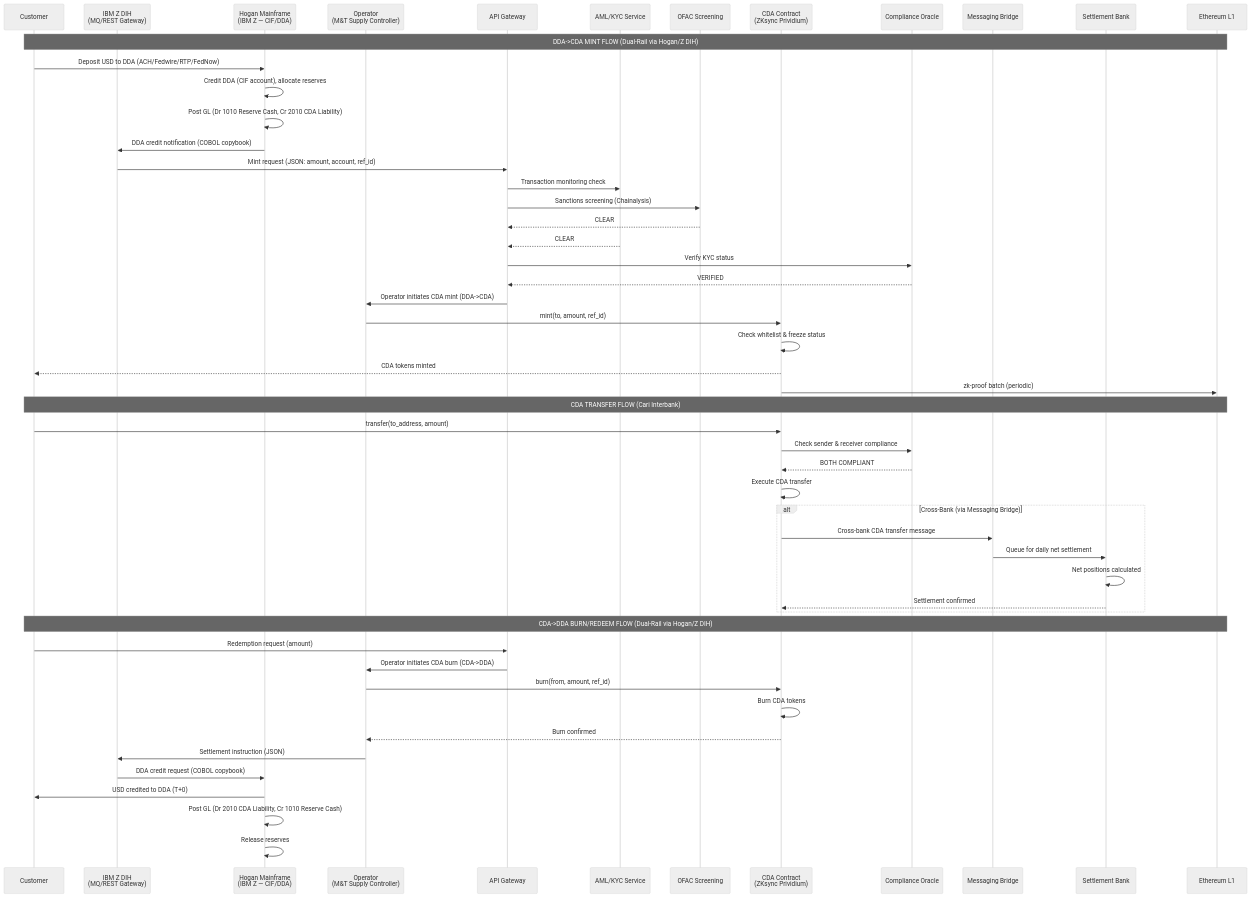
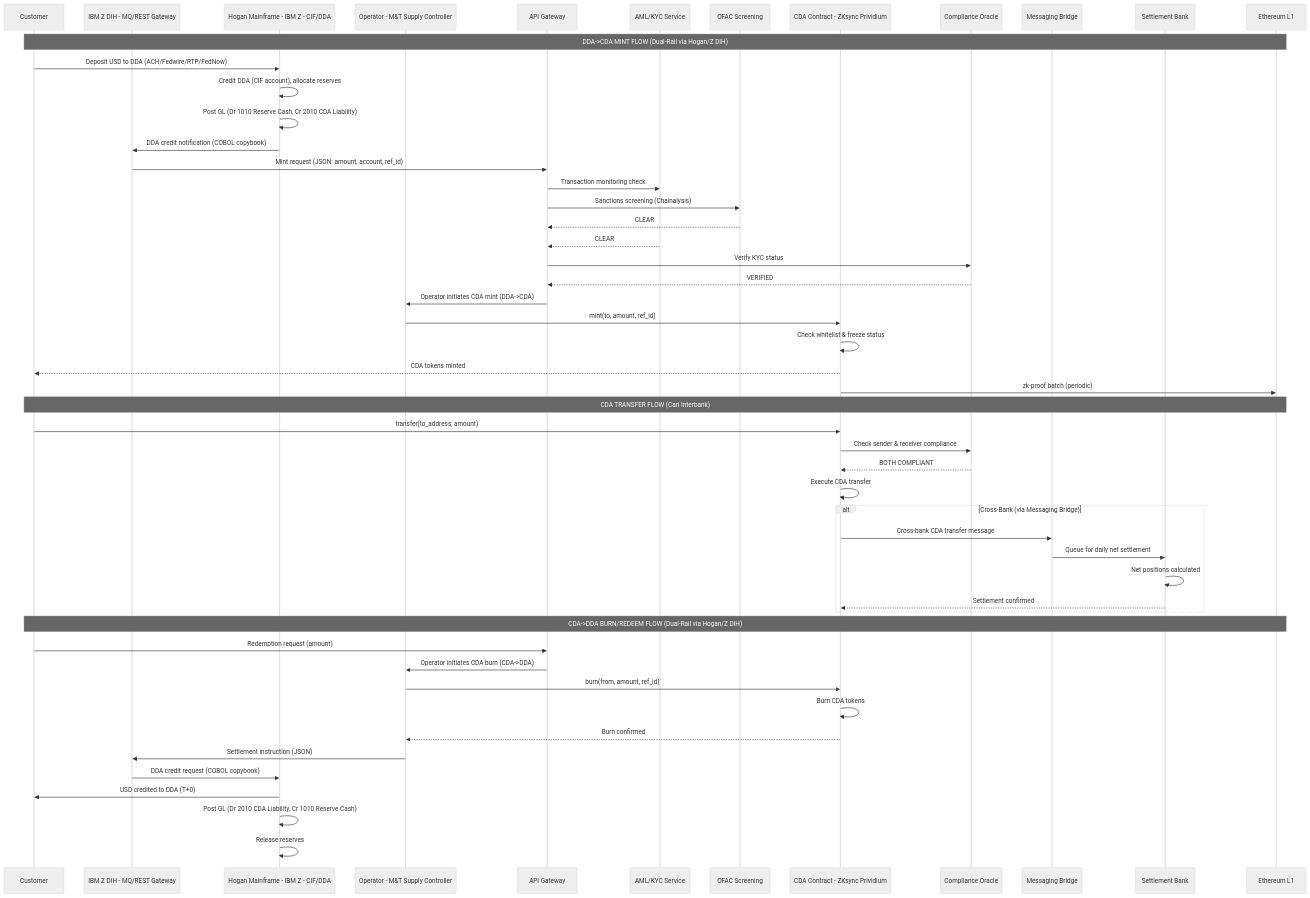
One commit to jnodes/tokenized-deposits changed the second of 2 diagrams in docs/architecture_diagram.md. Above: the diagram before and after it, drawn with Mermaid (neutral theme). The commit also changed other lines of this file and 6 other files, not shown here.

Commit message:
fix: repair Mermaid diagram syntax for GitHub rendering — quote special chars, remove em-dashes, fix participant labels

````diff
--- a/docs/architecture_diagram.md
+++ b/docs/architecture_diagram.md
@@ -149,60 +149,60 @@
 ```mermaid
 sequenceDiagram
     participant Customer
-    participant ZDIH as IBM Z DIH<br/>(MQ/REST Gateway)
-    participant Hogan as Hogan Mainframe<br/>(IBM Z — CIF/DDA)
-    participant Operator as Operator<br/>(M&T Supply Controller)
+    participant ZDIH as IBM Z DIH - MQ/REST Gateway
+    participant Hogan as Hogan Mainframe - IBM Z - CIF/DDA
+    participant Operator as Operator - M&T Supply Controller
     participant API as API Gateway
     participant AML as AML/KYC Service
     participant OFAC as OFAC Screening
-    participant Contract as CDA Contract<br/>(ZKsync Prividium)
+    participant Contract as CDA Contract - ZKsync Prividium
     participant Oracle as Compliance Oracle
     participant Bridge as Messaging Bridge
     participant SBank as Settlement Bank
     participant L1 as Ethereum L1
 
     Note over Customer,L1: DDA->CDA MINT FLOW (Dual-Rail via Hogan/Z DIH)
 
     Customer->>Hogan: Deposit USD to DDA (ACH/Fedwire/RTP/FedNow)
     Hogan->>Hogan: Credit DDA (CIF account), allocate reserves
     Hogan->>Hogan: Post GL (Dr 1010 Reserve Cash, Cr 2010 CDA Liability)
     Hogan->>ZDIH: DDA credit notification (COBOL copybook)
     ZDIH->>API: Mint request (JSON: amount, account, ref_id)
     API->>AML: Transaction monitoring check
     API->>OFAC: Sanctions screening (Chainalysis)
     OFAC-->>API: CLEAR
     AML-->>API: CLEAR
     API->>Oracle: Verify KYC status
     Oracle-->>API: VERIFIED
     API->>Operator: Operator initiates CDA mint (DDA->CDA)
     Operator->>Contract: mint(to, amount, ref_id)
     Contract->>Contract: Check whitelist & freeze status
     Contract-->>Customer: CDA tokens minted
     Contract->>L1: zk-proof batch (periodic)
 
     Note over Customer,L1: CDA TRANSFER FLOW (Cari Interbank)
 
     Customer->>Contract: transfer(to_address, amount)
     Contract->>Oracle: Check sender & receiver compliance
     Oracle-->>Contract: BOTH COMPLIANT
     Contract->>Contract: Execute CDA transfer
     alt Cross-Bank (via Messaging Bridge)
         Contract->>Bridge: Cross-bank CDA transfer message
         Bridge->>SBank: Queue for daily net settlement
         SBank->>SBank: Net positions calculated
         SBank-->>Contract: Settlement confirmed
     end
 
     Note over Customer,L1: CDA->DDA BURN/REDEEM FLOW (Dual-Rail via Hogan/Z DIH)
 
     Customer->>API: Redemption request (amount)
     API->>Operator: Operator initiates CDA burn (CDA->DDA)
     Operator->>Contract: burn(from, amount, ref_id)
     Contract->>Contract: Burn CDA tokens
     Contract-->>Operator: Burn confirmed
     Operator->>ZDIH: Settlement instruction (JSON)
     ZDIH->>Hogan: DDA credit request (COBOL copybook)
     Hogan->>Customer: USD credited to DDA (T+0)
     Hogan->>Hogan: Post GL (Dr 2010 CDA Liability, Cr 1010 Reserve Cash)
     Hogan->>Hogan: Release reserves
 ```
````
